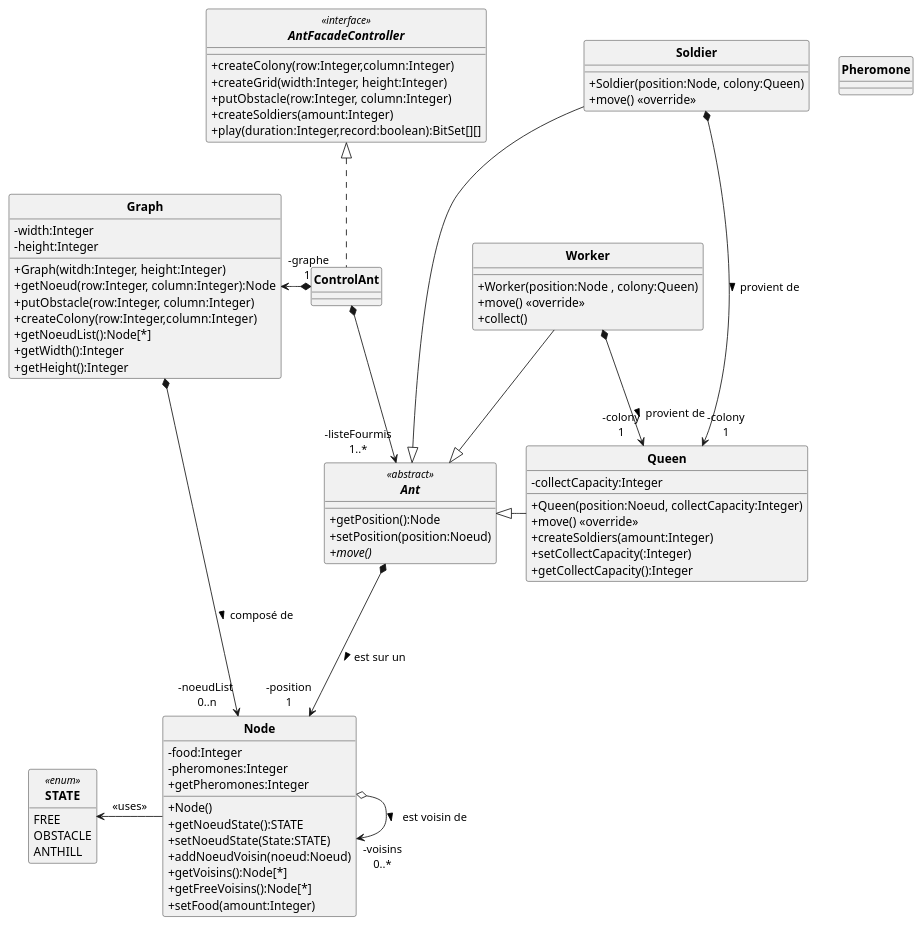
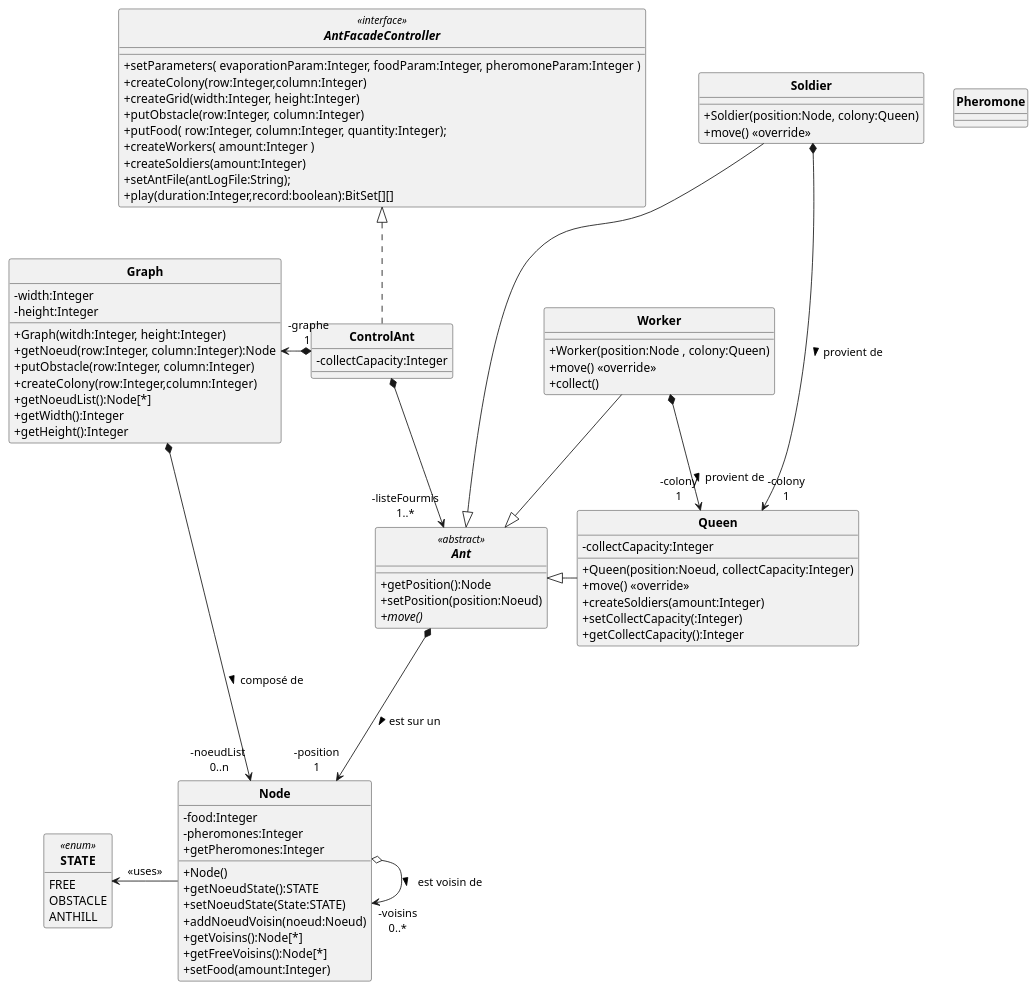
One commit to ErenMustafaGit/ColonieFourmis changed the diagram in src/main/uml/Fourmis_DC.puml. Above: the diagram before and after it, drawn with PlantUML.

Commit message:
Fourmis_DC : collectCapacity

```diff
--- a/src/main/uml/Fourmis_DC.puml
+++ b/src/main/uml/Fourmis_DC.puml
@@ -1,112 +1,113 @@
 @startuml
 'https://plantuml.com/sequence-diagram
 allow_mixing
 skinparam style strictuml
 skinparam classAttributeIconSize 0
 skinparam circledCharacterRadius 0
 skinparam circledCharacterFontSize 0
 skinparam classFontStyle Bold
 'autonumber
 hide enum methods
 
 'Controleur
 interface AntFacadeController <<interface>> {
-    '+setParameters( evaporationParam:Integer, foodParam:Integer, pheromoneParam:Integer )
+    +setParameters( evaporationParam:Integer, foodParam:Integer, pheromoneParam:Integer )
     +createColony(row:Integer,column:Integer)
     +createGrid(width:Integer, height:Integer)
     +putObstacle(row:Integer, column:Integer)
-    '+putFood( row:Integer, column:Integer, quantity:Integer);
-    '+createWorkers( amount:Integer )
+    +putFood( row:Integer, column:Integer, quantity:Integer);
+    +createWorkers( amount:Integer )
     +createSoldiers(amount:Integer)
-    '+setAntFile(antLogFile:String);
+    +setAntFile(antLogFile:String);
     +play(duration:Integer,record:boolean):BitSet[][]
 }
 
 class Node {
     -food:Integer
     -pheromones:Integer
     +Node()
     +getNoeudState():STATE
     +setNoeudState(State:STATE)
     +addNoeudVoisin(noeud:Noeud)
     +getVoisins():Node[*]
     +getFreeVoisins():Node[*]
     +getPheromones:Integer
     +setFood(amount:Integer)
 }
 enum STATE <<enum>> {
     FREE
     OBSTACLE
     ANTHILL
 }
 
 'class Food{
 '    -amount:Integer
 '    +Food()
 '}
 class Pheromone{
 }
 
 
 abstract Ant <<abstract>> {
     +getPosition():Node
     +setPosition(position:Noeud)
     {abstract} +move()
 }
 class Queen{
     -collectCapacity:Integer
     +Queen(position:Noeud, collectCapacity:Integer)
     +move() <<override>>
     +createSoldiers(amount:Integer)
     +setCollectCapacity(:Integer)
     +getCollectCapacity():Integer
 }
 class Soldier{
     +Soldier(position:Node, colony:Queen)
     +move() <<override>>
 }
 
 class Worker {
     +Worker(position:Node , colony:Queen)
     +move() <<override>>
     +collect()
 }
 
 
 class ControlAnt implements AntFacadeController{
+    -collectCapacity:Integer
 }
 
 
 class Graph{
  -width:Integer
  -height:Integer
  +Graph(witdh:Integer, height:Integer)
  +getNoeud(row:Integer, column:Integer):Node
  +putObstacle(row:Integer, column:Integer)
  +createColony(row:Integer,column:Integer)
  +getNoeudList():Node[*]
  +getWidth():Integer
  +getHeight():Integer
 }
 
 
 Soldier --|> Ant
 Queen -l-|> Ant
 Worker --|> Ant
 
 ControlAnt "-graphe\n1 " *-l-> Graph
 ControlAnt  *--> "-listeFourmis\n1..*" Ant
 
 Graph *-r-> "-noeudList \n0..n" Node : composé de >
 'historique = liste de noeud déjà passé par la fourmi
 '"-position 1\n-historique 0..*"
 Ant *---> "-position\n1" Node  : est sur un >
 Node o-> "-voisins\n0..*"  Node  : est voisin de >
 
 Node -l-> STATE : <<uses>>
 'Node --> "-food\n1" Food : contient >
 
 Soldier *---> "-colony\n1" Queen : provient de >
 Worker *--> "-colony\n1" Queen : provient de >
 
 @enduml
```
